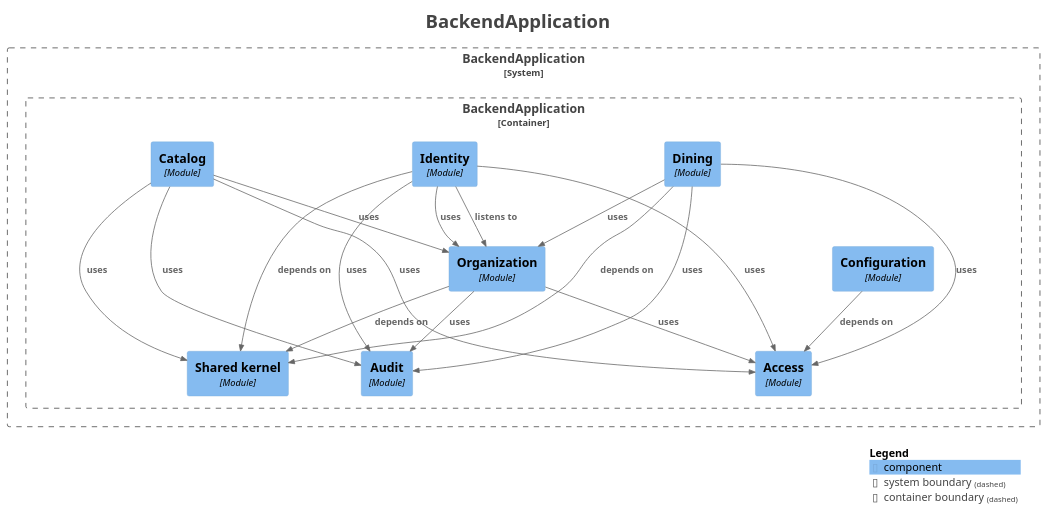
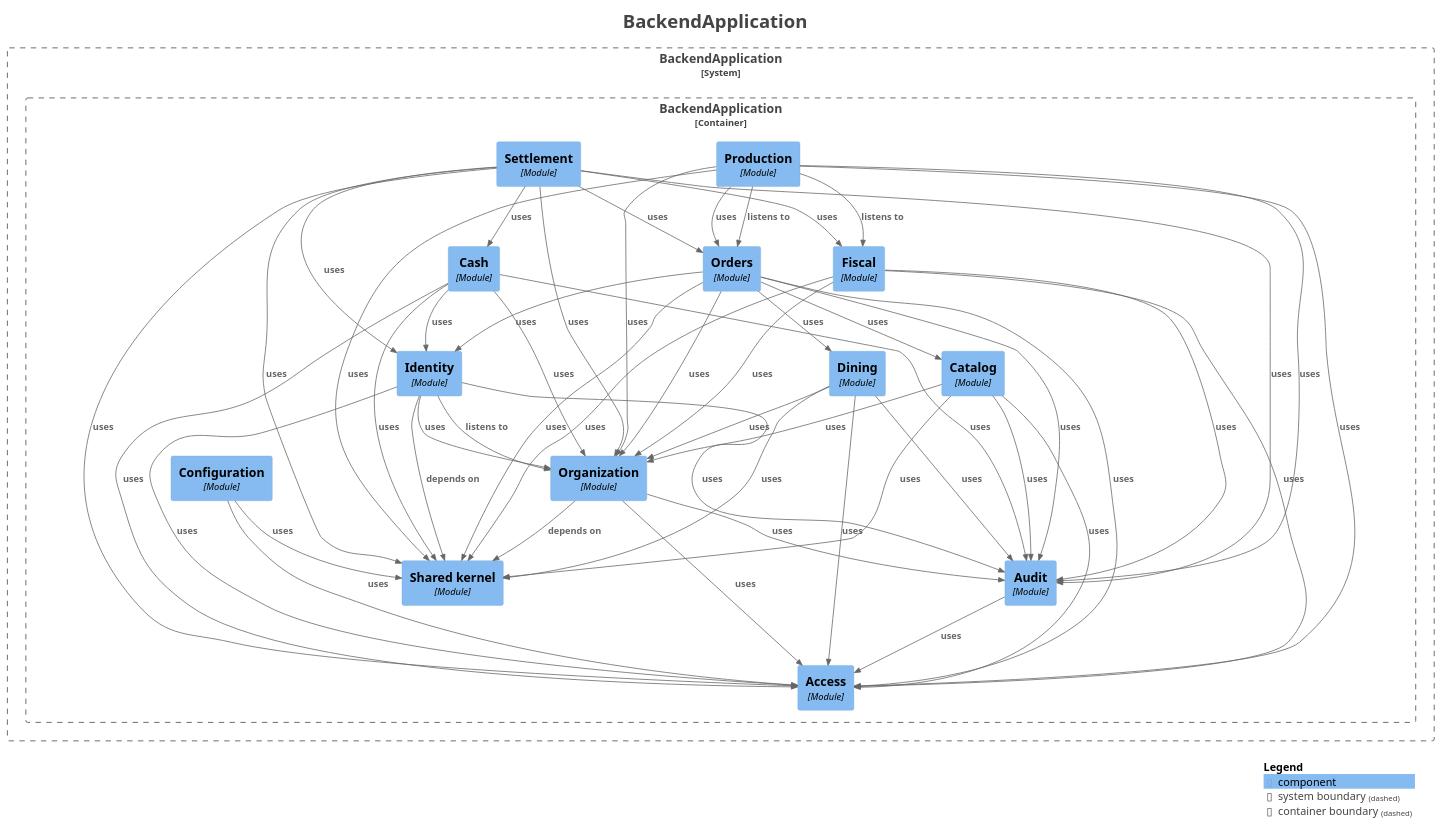
Before and after one commit to fxavier/restaurantePRO: the diagram in docs/architecture/modules/components.puml, drawn with PlantUML. The commit also changed 23 other files, not shown here.

First line of the commit message:
docs(architecture): regenerate the module documentation for R2

```diff
--- a/docs/architecture/modules/components.puml
+++ b/docs/architecture/modules/components.puml
@@ -1,52 +1,90 @@
 @startuml
 title <size:24>BackendApplication</size>
 
 set separator none
 top to bottom direction
 
 <style>
   root {
     BackgroundColor: #ffffff
     FontColor: #444444
   }
 </style>
 
 !include <C4/C4>
 !include <C4/C4_Context>
 !include <C4/C4_Component>
 
 System_Boundary("BackendApplication_boundary", "BackendApplication", $tags="") {
   Container_Boundary("BackendApplication.BackendApplication_boundary", "BackendApplication", $tags="") {
+    Component(BackendApplication.BackendApplication.Fiscal, "Fiscal", $techn="Module", $descr="", $tags="", $link="")
     Component(BackendApplication.BackendApplication.Identity, "Identity", $techn="Module", $descr="", $tags="", $link="")
+    Component(BackendApplication.BackendApplication.Cash, "Cash", $techn="Module", $descr="", $tags="", $link="")
+    Component(BackendApplication.BackendApplication.Orders, "Orders", $techn="Module", $descr="", $tags="", $link="")
+    Component(BackendApplication.BackendApplication.Production, "Production", $techn="Module", $descr="", $tags="", $link="")
+    Component(BackendApplication.BackendApplication.Settlement, "Settlement", $techn="Module", $descr="", $tags="", $link="")
     Component(BackendApplication.BackendApplication.Access, "Access", $techn="Module", $descr="", $tags="", $link="")
+    Component(BackendApplication.BackendApplication.Sharedkernel, "Shared kernel", $techn="Module", $descr="", $tags="", $link="")
     Component(BackendApplication.BackendApplication.Audit, "Audit", $techn="Module", $descr="", $tags="", $link="")
-    Component(BackendApplication.BackendApplication.Sharedkernel, "Shared kernel", $techn="Module", $descr="", $tags="", $link="")
     Component(BackendApplication.BackendApplication.Configuration, "Configuration", $techn="Module", $descr="", $tags="", $link="")
     Component(BackendApplication.BackendApplication.Organization, "Organization", $techn="Module", $descr="", $tags="", $link="")
     Component(BackendApplication.BackendApplication.Catalog, "Catalog", $techn="Module", $descr="", $tags="", $link="")
     Component(BackendApplication.BackendApplication.Dining, "Dining", $techn="Module", $descr="", $tags="", $link="")
   }
 
 }
 
-Rel(BackendApplication.BackendApplication.Organization, BackendApplication.BackendApplication.Sharedkernel, "depends on", $techn="", $tags="", $link="")
-Rel(BackendApplication.BackendApplication.Organization, BackendApplication.BackendApplication.Audit, "uses", $techn="", $tags="", $link="")
-Rel(BackendApplication.BackendApplication.Organization, BackendApplication.BackendApplication.Access, "uses", $techn="", $tags="", $link="")
+Rel(BackendApplication.BackendApplication.Settlement, BackendApplication.BackendApplication.Sharedkernel, "uses", $techn="", $tags="", $link="")
+Rel(BackendApplication.BackendApplication.Settlement, BackendApplication.BackendApplication.Access, "uses", $techn="", $tags="", $link="")
+Rel(BackendApplication.BackendApplication.Settlement, BackendApplication.BackendApplication.Identity, "uses", $techn="", $tags="", $link="")
+Rel(BackendApplication.BackendApplication.Settlement, BackendApplication.BackendApplication.Orders, "uses", $techn="", $tags="", $link="")
+Rel(BackendApplication.BackendApplication.Settlement, BackendApplication.BackendApplication.Cash, "uses", $techn="", $tags="", $link="")
+Rel(BackendApplication.BackendApplication.Settlement, BackendApplication.BackendApplication.Fiscal, "uses", $techn="", $tags="", $link="")
+Rel(BackendApplication.BackendApplication.Settlement, BackendApplication.BackendApplication.Organization, "uses", $techn="", $tags="", $link="")
+Rel(BackendApplication.BackendApplication.Settlement, BackendApplication.BackendApplication.Audit, "uses", $techn="", $tags="", $link="")
+Rel(BackendApplication.BackendApplication.Audit, BackendApplication.BackendApplication.Access, "uses", $techn="", $tags="", $link="")
 Rel(BackendApplication.BackendApplication.Identity, BackendApplication.BackendApplication.Organization, "listens to", $techn="", $tags="", $link="")
 Rel(BackendApplication.BackendApplication.Identity, BackendApplication.BackendApplication.Sharedkernel, "depends on", $techn="", $tags="", $link="")
 Rel(BackendApplication.BackendApplication.Identity, BackendApplication.BackendApplication.Audit, "uses", $techn="", $tags="", $link="")
+Rel(BackendApplication.BackendApplication.Identity, BackendApplication.BackendApplication.Access, "uses", $techn="", $tags="", $link="")
 Rel(BackendApplication.BackendApplication.Identity, BackendApplication.BackendApplication.Organization, "uses", $techn="", $tags="", $link="")
-Rel(BackendApplication.BackendApplication.Identity, BackendApplication.BackendApplication.Access, "uses", $techn="", $tags="", $link="")
+Rel(BackendApplication.BackendApplication.Dining, BackendApplication.BackendApplication.Access, "uses", $techn="", $tags="", $link="")
+Rel(BackendApplication.BackendApplication.Dining, BackendApplication.BackendApplication.Sharedkernel, "uses", $techn="", $tags="", $link="")
+Rel(BackendApplication.BackendApplication.Dining, BackendApplication.BackendApplication.Audit, "uses", $techn="", $tags="", $link="")
+Rel(BackendApplication.BackendApplication.Dining, BackendApplication.BackendApplication.Organization, "uses", $techn="", $tags="", $link="")
 Rel(BackendApplication.BackendApplication.Catalog, BackendApplication.BackendApplication.Sharedkernel, "uses", $techn="", $tags="", $link="")
 Rel(BackendApplication.BackendApplication.Catalog, BackendApplication.BackendApplication.Access, "uses", $techn="", $tags="", $link="")
 Rel(BackendApplication.BackendApplication.Catalog, BackendApplication.BackendApplication.Audit, "uses", $techn="", $tags="", $link="")
 Rel(BackendApplication.BackendApplication.Catalog, BackendApplication.BackendApplication.Organization, "uses", $techn="", $tags="", $link="")
-Rel(BackendApplication.BackendApplication.Dining, BackendApplication.BackendApplication.Sharedkernel, "depends on", $techn="", $tags="", $link="")
-Rel(BackendApplication.BackendApplication.Dining, BackendApplication.BackendApplication.Audit, "uses", $techn="", $tags="", $link="")
-Rel(BackendApplication.BackendApplication.Dining, BackendApplication.BackendApplication.Access, "uses", $techn="", $tags="", $link="")
-Rel(BackendApplication.BackendApplication.Dining, BackendApplication.BackendApplication.Organization, "uses", $techn="", $tags="", $link="")
-Rel(BackendApplication.BackendApplication.Configuration, BackendApplication.BackendApplication.Access, "depends on", $techn="", $tags="", $link="")
+Rel(BackendApplication.BackendApplication.Fiscal, BackendApplication.BackendApplication.Sharedkernel, "uses", $techn="", $tags="", $link="")
+Rel(BackendApplication.BackendApplication.Fiscal, BackendApplication.BackendApplication.Access, "uses", $techn="", $tags="", $link="")
+Rel(BackendApplication.BackendApplication.Fiscal, BackendApplication.BackendApplication.Audit, "uses", $techn="", $tags="", $link="")
+Rel(BackendApplication.BackendApplication.Fiscal, BackendApplication.BackendApplication.Organization, "uses", $techn="", $tags="", $link="")
+Rel(BackendApplication.BackendApplication.Organization, BackendApplication.BackendApplication.Sharedkernel, "depends on", $techn="", $tags="", $link="")
+Rel(BackendApplication.BackendApplication.Organization, BackendApplication.BackendApplication.Audit, "uses", $techn="", $tags="", $link="")
+Rel(BackendApplication.BackendApplication.Organization, BackendApplication.BackendApplication.Access, "uses", $techn="", $tags="", $link="")
+Rel(BackendApplication.BackendApplication.Cash, BackendApplication.BackendApplication.Sharedkernel, "uses", $techn="", $tags="", $link="")
+Rel(BackendApplication.BackendApplication.Cash, BackendApplication.BackendApplication.Access, "uses", $techn="", $tags="", $link="")
+Rel(BackendApplication.BackendApplication.Cash, BackendApplication.BackendApplication.Audit, "uses", $techn="", $tags="", $link="")
+Rel(BackendApplication.BackendApplication.Cash, BackendApplication.BackendApplication.Organization, "uses", $techn="", $tags="", $link="")
+Rel(BackendApplication.BackendApplication.Cash, BackendApplication.BackendApplication.Identity, "uses", $techn="", $tags="", $link="")
+Rel(BackendApplication.BackendApplication.Configuration, BackendApplication.BackendApplication.Access, "uses", $techn="", $tags="", $link="")
+Rel(BackendApplication.BackendApplication.Configuration, BackendApplication.BackendApplication.Sharedkernel, "uses", $techn="", $tags="", $link="")
+Rel(BackendApplication.BackendApplication.Orders, BackendApplication.BackendApplication.Sharedkernel, "uses", $techn="", $tags="", $link="")
+Rel(BackendApplication.BackendApplication.Orders, BackendApplication.BackendApplication.Access, "uses", $techn="", $tags="", $link="")
+Rel(BackendApplication.BackendApplication.Orders, BackendApplication.BackendApplication.Catalog, "uses", $techn="", $tags="", $link="")
+Rel(BackendApplication.BackendApplication.Orders, BackendApplication.BackendApplication.Identity, "uses", $techn="", $tags="", $link="")
+Rel(BackendApplication.BackendApplication.Orders, BackendApplication.BackendApplication.Dining, "uses", $techn="", $tags="", $link="")
+Rel(BackendApplication.BackendApplication.Orders, BackendApplication.BackendApplication.Audit, "uses", $techn="", $tags="", $link="")
+Rel(BackendApplication.BackendApplication.Orders, BackendApplication.BackendApplication.Organization, "uses", $techn="", $tags="", $link="")
+Rel(BackendApplication.BackendApplication.Production, BackendApplication.BackendApplication.Orders, "listens to", $techn="", $tags="", $link="")
+Rel(BackendApplication.BackendApplication.Production, BackendApplication.BackendApplication.Fiscal, "listens to", $techn="", $tags="", $link="")
+Rel(BackendApplication.BackendApplication.Production, BackendApplication.BackendApplication.Sharedkernel, "uses", $techn="", $tags="", $link="")
+Rel(BackendApplication.BackendApplication.Production, BackendApplication.BackendApplication.Access, "uses", $techn="", $tags="", $link="")
+Rel(BackendApplication.BackendApplication.Production, BackendApplication.BackendApplication.Audit, "uses", $techn="", $tags="", $link="")
+Rel(BackendApplication.BackendApplication.Production, BackendApplication.BackendApplication.Organization, "uses", $techn="", $tags="", $link="")
+Rel(BackendApplication.BackendApplication.Production, BackendApplication.BackendApplication.Orders, "uses", $techn="", $tags="", $link="")
 
 SHOW_LEGEND(true)
 hide stereotypes
 @enduml
```
